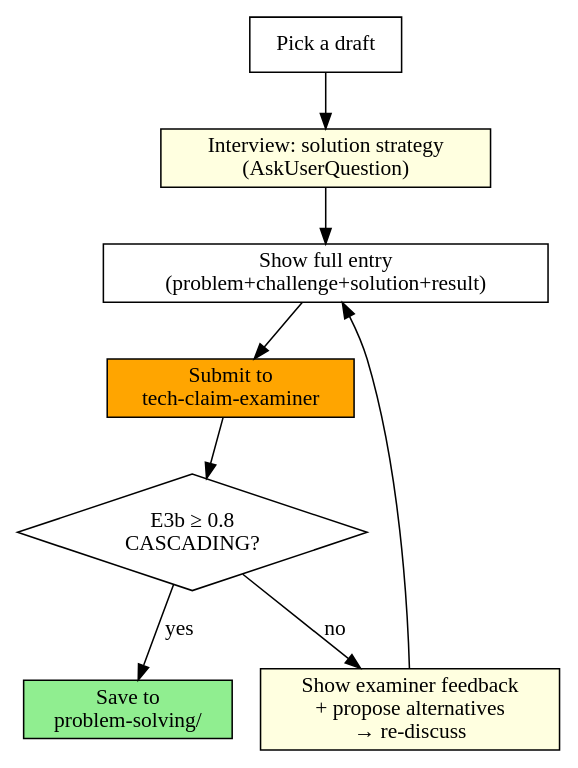
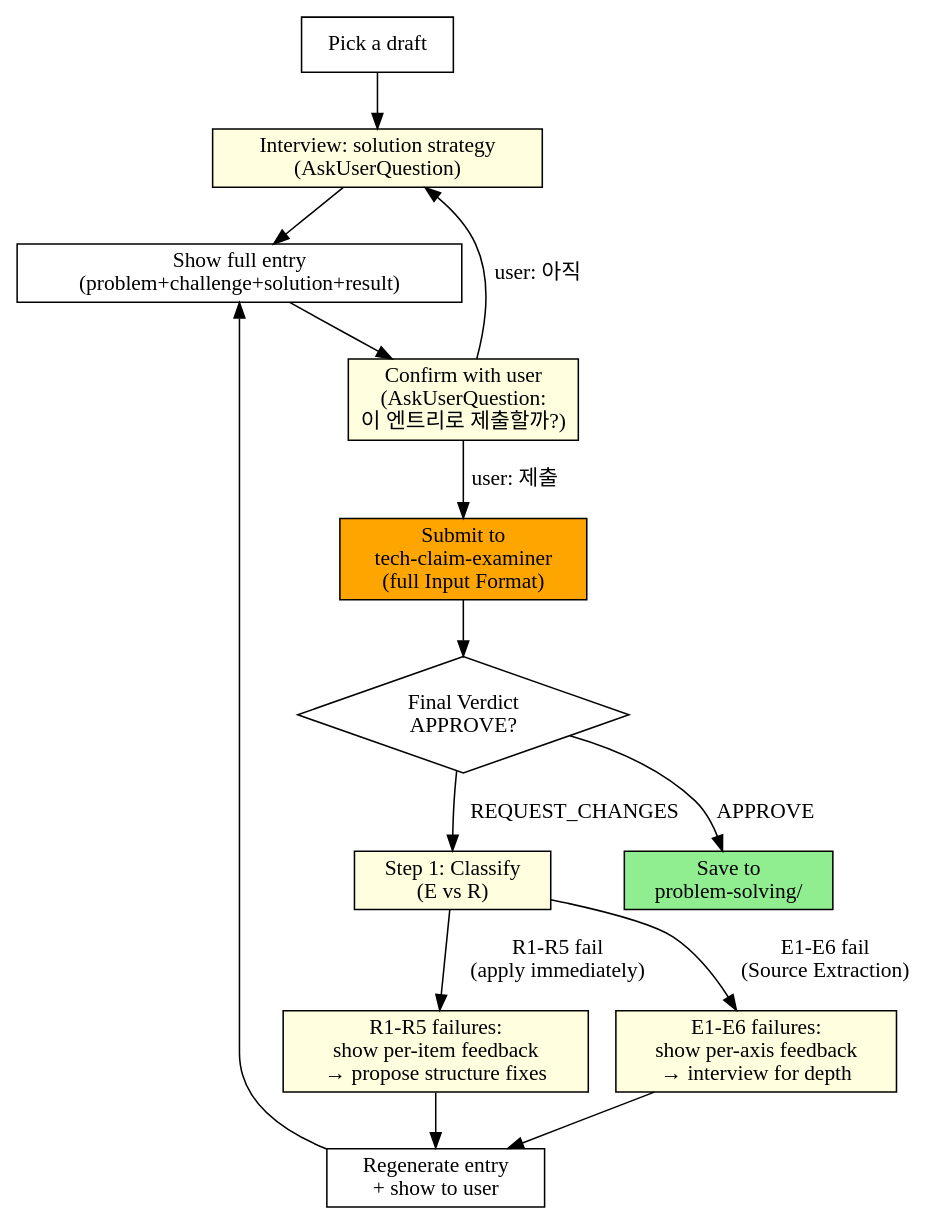
One commit to SungHoonKim-Ski/oh-my-resume changed the third of 3 diagrams in .claude/skills/resume-forge/SKILL.md. Above: the diagram before and after it, drawn with Graphviz. The commit also changed other lines of this file and 2 other files, not shown here.

````diff
--- a/.claude/skills/resume-forge/SKILL.md
+++ b/.claude/skills/resume-forge/SKILL.md
@@ -101,20 +108,30 @@
 ```dot
 digraph loop2 {
     rankdir=TB;
     pick [shape=box, label="Pick a draft"];
     interview [shape=box, label="Interview: solution strategy\n(AskUserQuestion)", style=filled, fillcolor=lightyellow];
     show [shape=box, label="Show full entry\n(problem+challenge+solution+result)"];
-    exam [shape=box, label="Submit to\ntech-claim-examiner", style=filled, fillcolor=orange];
-    check [shape=diamond, label="E3b ≥ 0.8\nCASCADING?"];
+    confirm [shape=box, label="Confirm with user\n(AskUserQuestion:\n이 엔트리로 제출할까?)", style=filled, fillcolor=lightyellow];
+    exam [shape=box, label="Submit to\ntech-claim-examiner\n(full Input Format)", style=filled, fillcolor=orange];
+    check [shape=diamond, label="Final Verdict\nAPPROVE?"];
     save [shape=box, label="Save to\nproblem-solving/", style=filled, fillcolor=lightgreen];
-    feedback [shape=box, label="Show examiner feedback\n+ propose alternatives\n→ re-discuss", style=filled, fillcolor=lightyellow];
+    e_fail [shape=box, label="E1-E6 failures:\nshow per-axis feedback\n→ interview for depth", style=filled, fillcolor=lightyellow];
+    r_fail [shape=box, label="R1-R5 failures:\nshow per-item feedback\n→ propose structure fixes", style=filled, fillcolor=lightyellow];
+    revise [shape=box, label="Regenerate entry\n+ show to user"];
 
     pick -> interview;
     interview -> show;
-    show -> exam;
+    show -> confirm;
+    confirm -> exam [label="user: 제출"];
+    confirm -> interview [label="user: 아직"];
     exam -> check;
-    check -> save [label="yes"];
-    check -> feedback [label="no"];
-    feedback -> show;
+    check -> save [label="APPROVE"];
+    check -> classify [label="REQUEST_CHANGES"];
+    classify [shape=box, label="Step 1: Classify\n(E vs R)", style=filled, fillcolor=lightyellow];
+    classify -> r_fail [label="R1-R5 fail\n(apply immediately)"];
+    classify -> e_fail [label="E1-E6 fail\n(Source Extraction)"];
+    e_fail -> revise;
+    r_fail -> revise;
+    revise -> show;
 }
 ```
````
